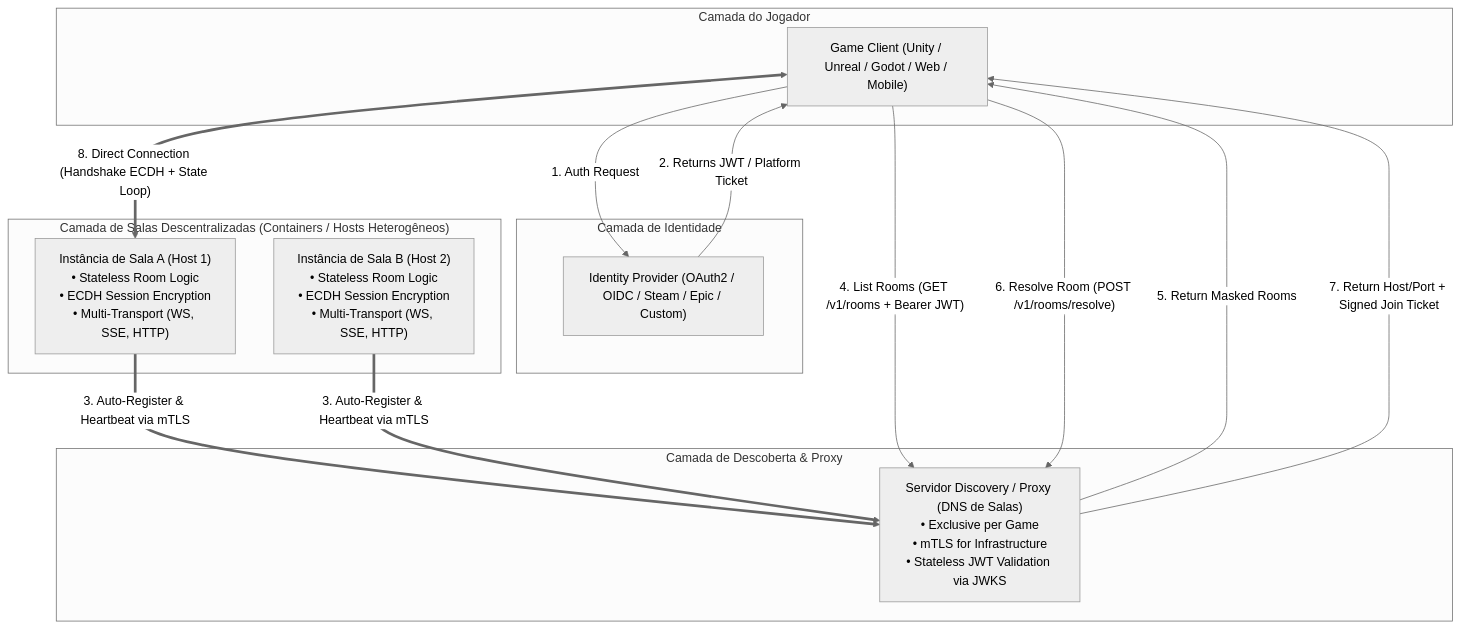
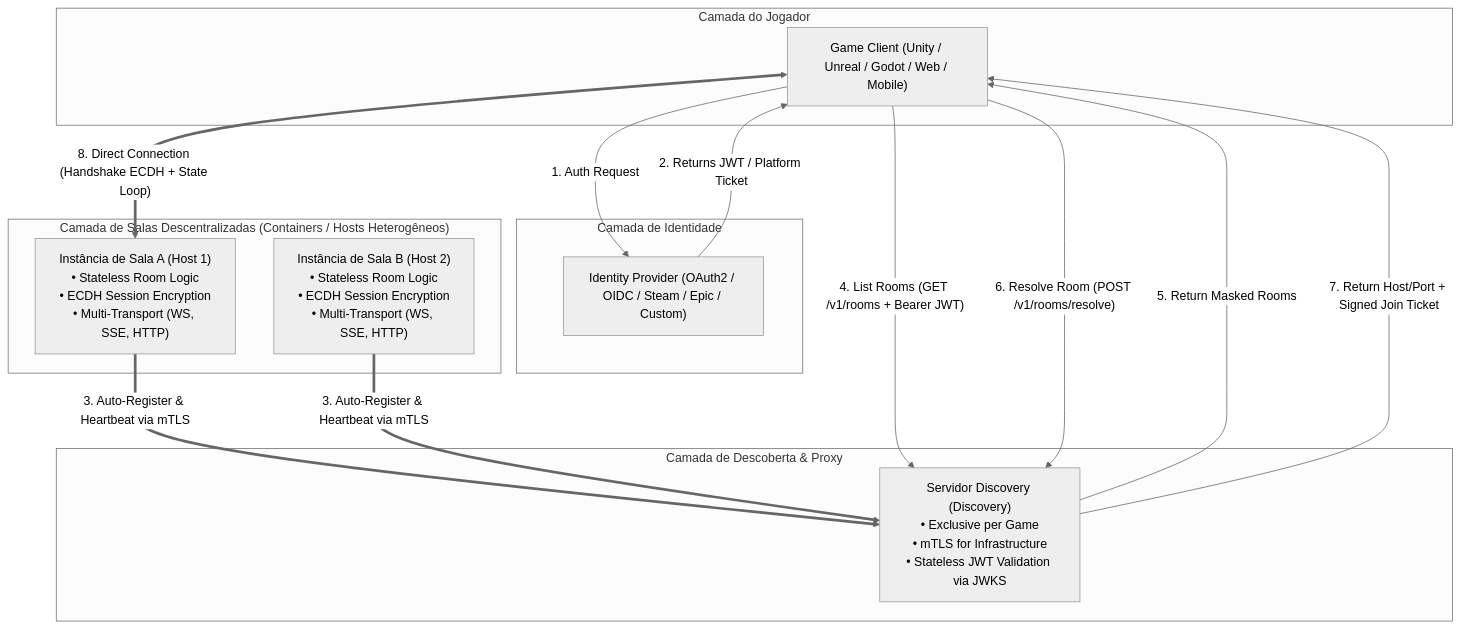
One commit to eleven-two-digital/open-game-server changed the first of 2 diagrams in prd/architecture.md. Above: the diagram before and after it, drawn with Mermaid (neutral theme). The commit also changed other lines of this file and 25 other files, not shown here.

````diff
--- a/prd/architecture.md
+++ b/prd/architecture.md
@@ -18,33 +29,33 @@
 ```mermaid
 graph TD
     subgraph Layer_Client["Camada do Jogador"]
         C["Game Client (Unity / Unreal / Godot / Web / Mobile)"]
     end
 
     subgraph Layer_Auth["Camada de Identidade"]
         IdP["Identity Provider (OAuth2 / OIDC / Steam / Epic / Custom)"]
     end
 
     subgraph Layer_Discovery["Camada de Descoberta & Proxy"]
-        DNS["Servidor Discovery / Proxy (DNS de Salas)<br/>• Exclusive per Game<br/>• mTLS for Infrastructure<br/>• Stateless JWT Validation via JWKS"]
+        DNS["Servidor Discovery (Discovery)<br/>• Exclusive per Game<br/>• mTLS for Infrastructure<br/>• Stateless JWT Validation via JWKS"]
     end
 
     subgraph Layer_Rooms["Camada de Salas Descentralizadas (Containers / Hosts Heterogêneos)"]
         R1["Instância de Sala A (Host 1)<br/>• Stateless Room Logic<br/>• ECDH Session Encryption<br/>• Multi-Transport (WS, SSE, HTTP)"]
         R2["Instância de Sala B (Host 2)<br/>• Stateless Room Logic<br/>• ECDH Session Encryption<br/>• Multi-Transport (WS, SSE, HTTP)"]
     end
 
     C -- "1. Auth Request" --> IdP
     IdP -- "2. Returns JWT / Platform Ticket" --> C
 
     R1 == "3. Auto-Register & Heartbeat via mTLS" ==> DNS
     R2 == "3. Auto-Register & Heartbeat via mTLS" ==> DNS
 
     C -- "4. List Rooms (GET /v1/rooms + Bearer JWT)" --> DNS
     DNS -- "5. Return Masked Rooms" --> C
 
     C -- "6. Resolve Room (POST /v1/rooms/resolve)" --> DNS
     DNS -- "7. Return Host/Port + Signed Join Ticket" --> C
 
     C <== "8. Direct Connection (Handshake ECDH + State Loop)" ==> R1
 ```
````
